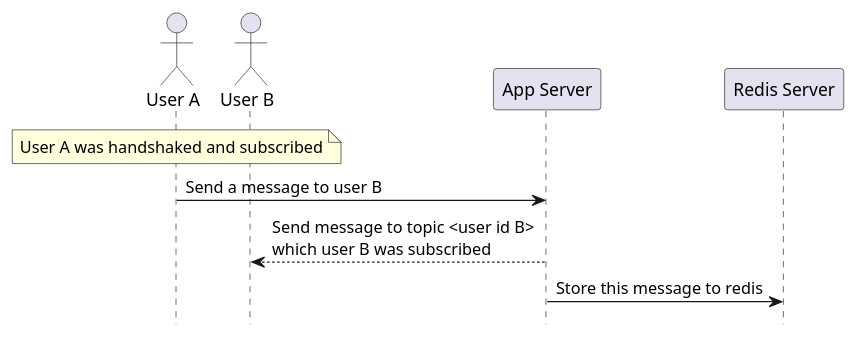
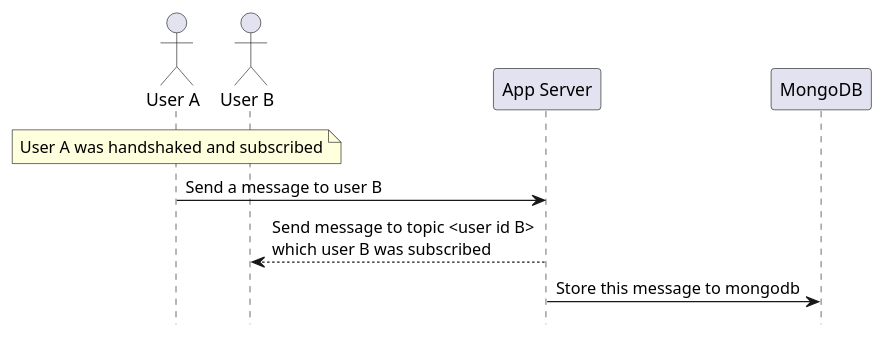
The diagram in docs/Chat1-1.puml (truongnh28/pchat), drawn with PlantUML before and after one commit. The commit also changed 40 other files, not shown here.

```diff
--- a/docs/Chat1-1.puml
+++ b/docs/Chat1-1.puml
@@ -1,12 +1,12 @@
 @startuml
 hide footbox
 
 actor "User A"
 actor "User B"
 
 note over "User A": User A was handshaked and subscribed
 "User A" -> "App Server": Send a message to user B
 "App Server" --> "User B": Send message to topic <user id B> \nwhich user B was subscribed
-"App Server" -> "Redis Server": Store this message to redis
+"App Server" -> "MongoDB": Store this message to mongodb
 
 @enduml
```
